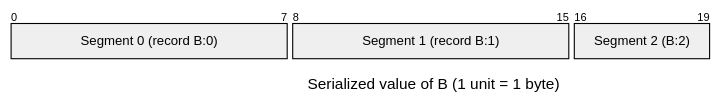
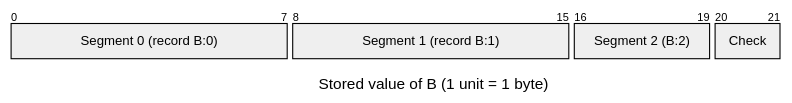
The fourth of 5 diagrams in fprime-samd/Svc/StaticPrmDb/docs/sdd.md (fprime-community/fprime-samd), drawn with Mermaid before and after one commit. The commit also changed other lines of this file and 9 other files, not shown here.

````diff
--- a/fprime-samd/Svc/StaticPrmDb/docs/sdd.md
+++ b/fprime-samd/Svc/StaticPrmDb/docs/sdd.md
@@ -114,12 +156,13 @@
 ```mermaid
 ---
-title: "Serialized value of B (1 unit = 1 byte)"
+title: "Stored value of B (1 unit = 1 byte)"
 config:
   packet:
     bitsPerRow: 24
 ---
 packet-beta
 0-7: "Segment 0 (record B:0)"
 8-15: "Segment 1 (record B:1)"
 16-19: "Segment 2 (B:2)"
+20-21: "Check"
 ```
````
